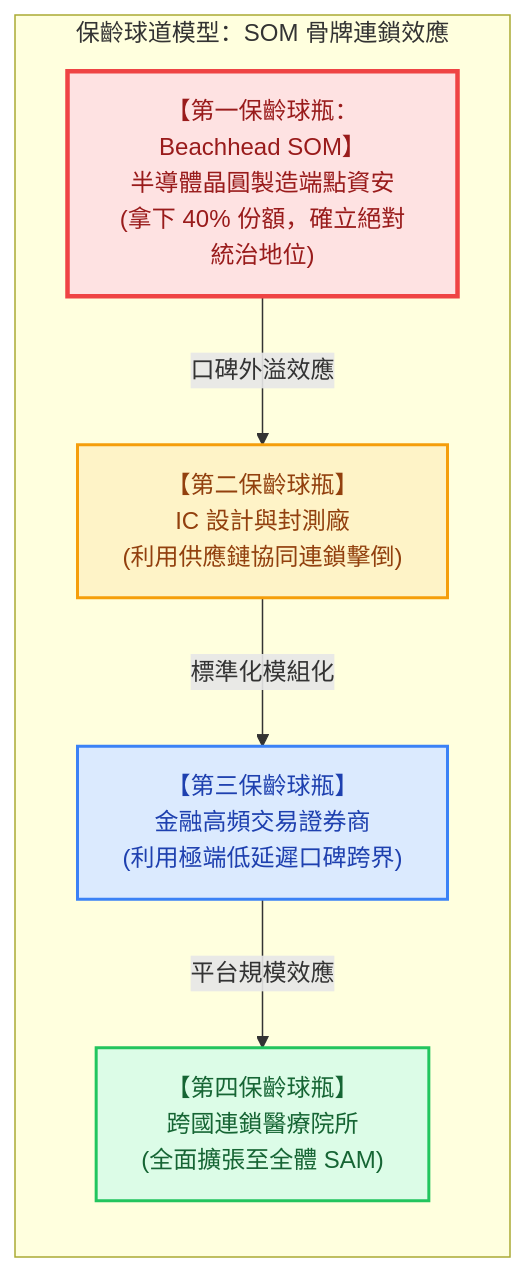
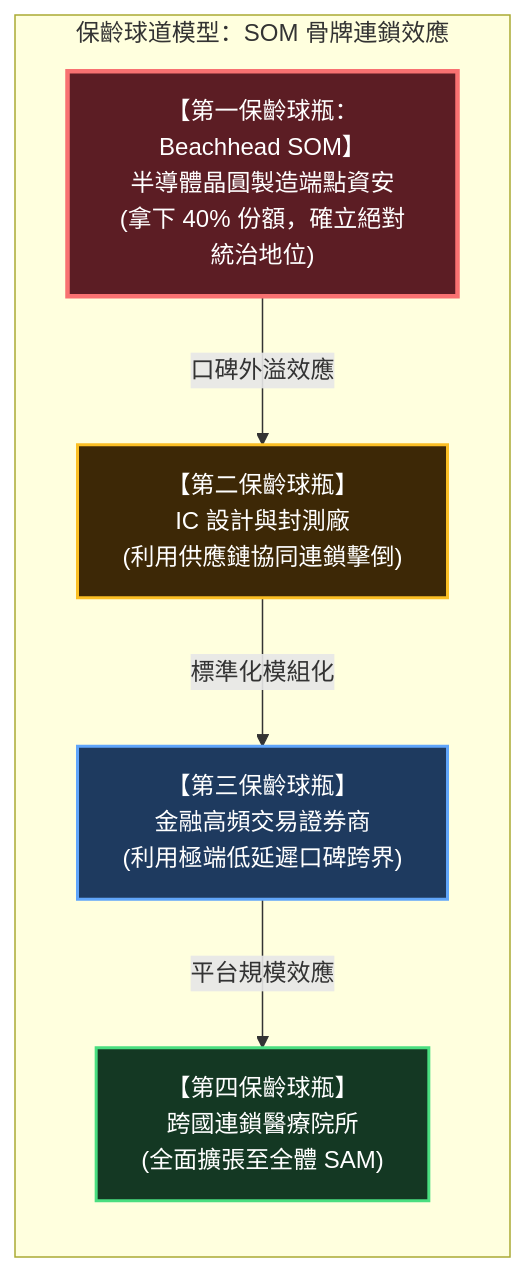
One commit to Jimlin0428/my-digital-garden changed the second of 2 diagrams in src/site/notes/98_商業概念庫/SOM.md. Above: the diagram before and after it, drawn with Mermaid. The commit also changed other lines of this file and 58 other files, not shown here.

````diff
--- a/src/site/notes/98_商業概念庫/SOM.md
+++ b/src/site/notes/98_商業概念庫/SOM.md
@@ -144,21 +144,21 @@
 ```mermaid
 flowchart LR
     subgraph BowlingPins ["保齡球道模型：SOM 骨牌連鎖效應"]
         Pin1["【第一保齡球瓶：Beachhead SOM】<br>半導體晶圓製造端點資安<br>(拿下 40% 份額，確立絕對統治地位)"]
         
         Pin2["【第二保齡球瓶】<br>IC 設計與封測廠<br>(利用供應鏈協同連鎖擊倒)"]
         
         Pin3["【第三保齡球瓶】<br>金融高頻交易證券商<br>(利用極端低延遲口碑跨界)"]
         
         Pin4["【第四保齡球瓶】<br>跨國連鎖醫療院所<br>(全面擴張至全體 SAM)"]
     end
 
     Pin1 -->|口碑外溢效應| Pin2
     Pin2 -->|標準化模組化| Pin3
     Pin3 -->|平台規模效應| Pin4
 
-    style Pin1 fill:#fee2e2,stroke:#ef4444,stroke-width:3px,color:#991b1b
-    style Pin2 fill:#fef3c7,stroke:#f59e0b,stroke-width:2px,color:#92400e
-    style Pin3 fill:#dbeafe,stroke:#3b82f6,stroke-width:2px,color:#1e40af
-    style Pin4 fill:#dcfce7,stroke:#22c55e,stroke-width:2px,color:#166534
+    style Pin1 fill:#5c1d24,stroke:#f87171,stroke-width:3px,color:#ffffff
+    style Pin2 fill:#3d2806,stroke:#fbbf24,stroke-width:2px,color:#ffffff
+    style Pin3 fill:#1e3a5f,stroke:#60a5fa,stroke-width:2px,color:#ffffff
+    style Pin4 fill:#143823,stroke:#4ade80,stroke-width:2px,color:#ffffff
 ```
````
